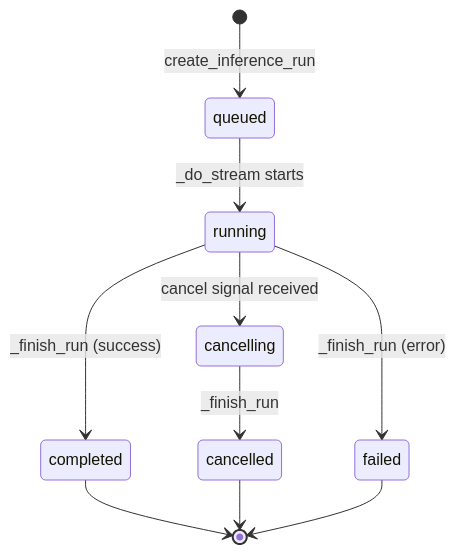
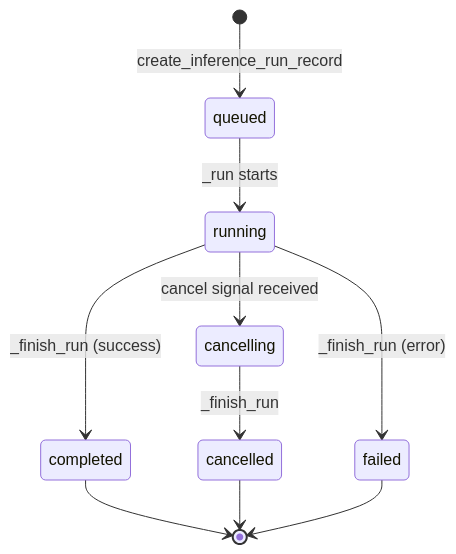
Before and after one commit to konstantinosmpouros/mAgenticX: the seventh of 7 diagrams in src/dialogue_bridge/README.md, drawn with Mermaid. The commit also changed other lines of this file and 9 other files, not shown here.

````diff
--- a/src/dialogue_bridge/README.md
+++ b/src/dialogue_bridge/README.md
@@ -424,12 +435,12 @@
 ```mermaid
 stateDiagram-v2
-    [*] --> queued : create_inference_run
-    queued --> running : _do_stream starts
+    [*] --> queued : create_inference_run_record
+    queued --> running : _run starts
     running --> cancelling : cancel signal received
     cancelling --> cancelled : _finish_run
     running --> completed : _finish_run (success)
     running --> failed : _finish_run (error)
     completed --> [*]
     cancelled --> [*]
     failed --> [*]
 ```
````
